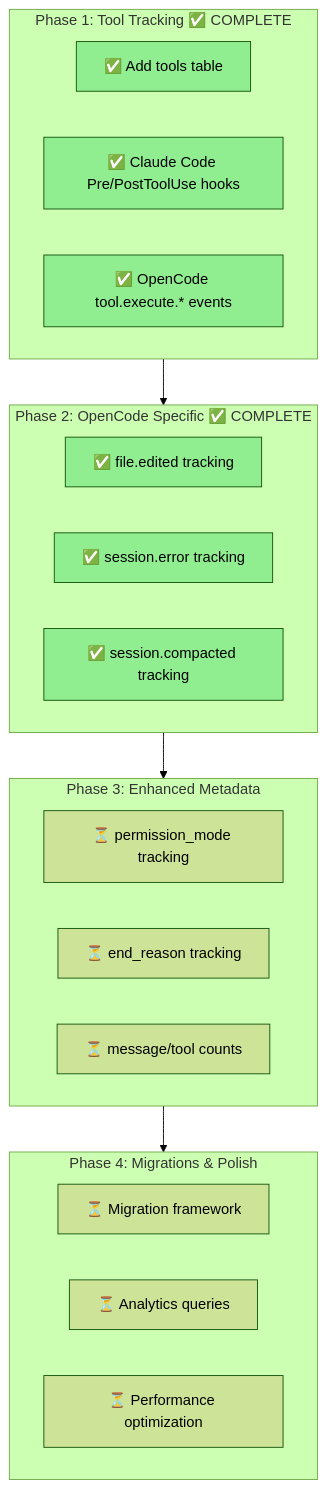
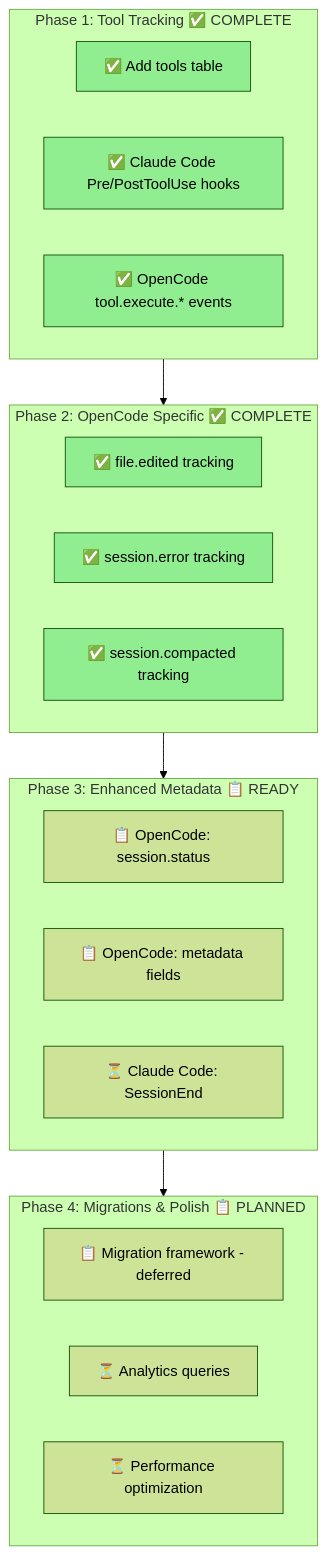
One commit to dxta-dev/clankers changed the diagram in lode/plans/data-gaps-implementation.md. Above: the diagram before and after it, drawn with Mermaid (forest theme). The commit also changed other lines of this file and 3 other files, not shown here.

````diff
--- a/lode/plans/data-gaps-implementation.md
+++ b/lode/plans/data-gaps-implementation.md
@@ -516,35 +559,35 @@
 ```mermaid
 flowchart TB
     subgraph Phase1[Phase 1: Tool Tracking ✅ COMPLETE]
         P1_1[✅ Add tools table]
         P1_2[✅ Claude Code Pre/PostToolUse hooks]
         P1_3[✅ OpenCode tool.execute.* events]
     end
 
     subgraph Phase2[Phase 2: OpenCode Specific ✅ COMPLETE]
         P2_1[✅ file.edited tracking]
         P2_2[✅ session.error tracking]
         P2_3[✅ session.compacted tracking]
     end
 
-    subgraph Phase3[Phase 3: Enhanced Metadata]
-        P3_1[⏳ permission_mode tracking]
-        P3_2[⏳ end_reason tracking]
-        P3_3[⏳ message/tool counts]
+    subgraph Phase3[Phase 3: Enhanced Metadata 📋 READY]
+        P3_1[📋 OpenCode: session.status]
+        P3_2[📋 OpenCode: metadata fields]
+        P3_3[⏳ Claude Code: SessionEnd]
     end
 
-    subgraph Phase4[Phase 4: Migrations & Polish]
-        P4_1[⏳ Migration framework]
+    subgraph Phase4[Phase 4: Migrations & Polish 📋 PLANNED]
+        P4_1[📋 Migration framework - deferred]
         P4_2[⏳ Analytics queries]
         P4_3[⏳ Performance optimization]
     end
 
     Phase1 --> Phase2 --> Phase3 --> Phase4
 
     style P1_1 fill:#90EE90
     style P1_2 fill:#90EE90
     style P1_3 fill:#90EE90
     style P2_1 fill:#90EE90
     style P2_2 fill:#90EE90
     style P2_3 fill:#90EE90
 ```
````
